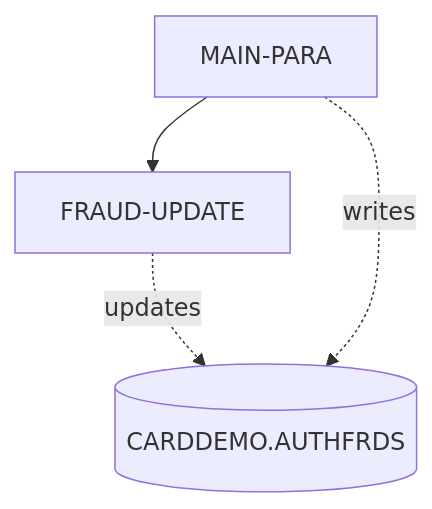
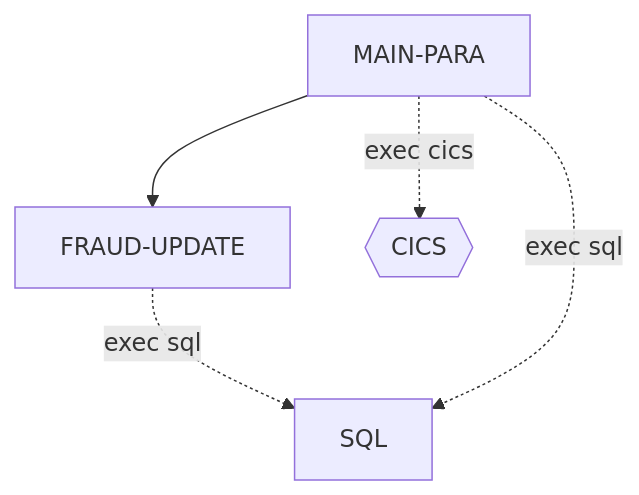
One commit to andrasfe/war_rig changed the diagram in example_output/cbl/COPAUS2C.cbl.md. Above: the diagram before and after it, drawn with Mermaid. The commit also changed other lines of this file and 300 other files, not shown here.

````diff
--- a/example_output/cbl/COPAUS2C.cbl.md
+++ b/example_output/cbl/COPAUS2C.cbl.md
@@ -129,10 +123,12 @@
 ```mermaid
 flowchart TD
     %% Title: COPAUS2C.cbl
     FRAUD_UPDATE["FRAUD-UPDATE"]
-    CARDDEMO_AUTHFRDS__ext[("CARDDEMO.AUTHFRDS")]
+    SQL__ext["SQL"]
     MAIN_PARA["MAIN-PARA"]
-    FRAUD_UPDATE -.->|updates| CARDDEMO_AUTHFRDS__ext
+    CICS__ext{{"CICS"}}
+    FRAUD_UPDATE -.->|exec sql| SQL__ext
     MAIN_PARA --> FRAUD_UPDATE
-    MAIN_PARA -.->|writes| CARDDEMO_AUTHFRDS__ext
+    MAIN_PARA -.->|exec cics| CICS__ext
+    MAIN_PARA -.->|exec sql| SQL__ext
 ```
````
